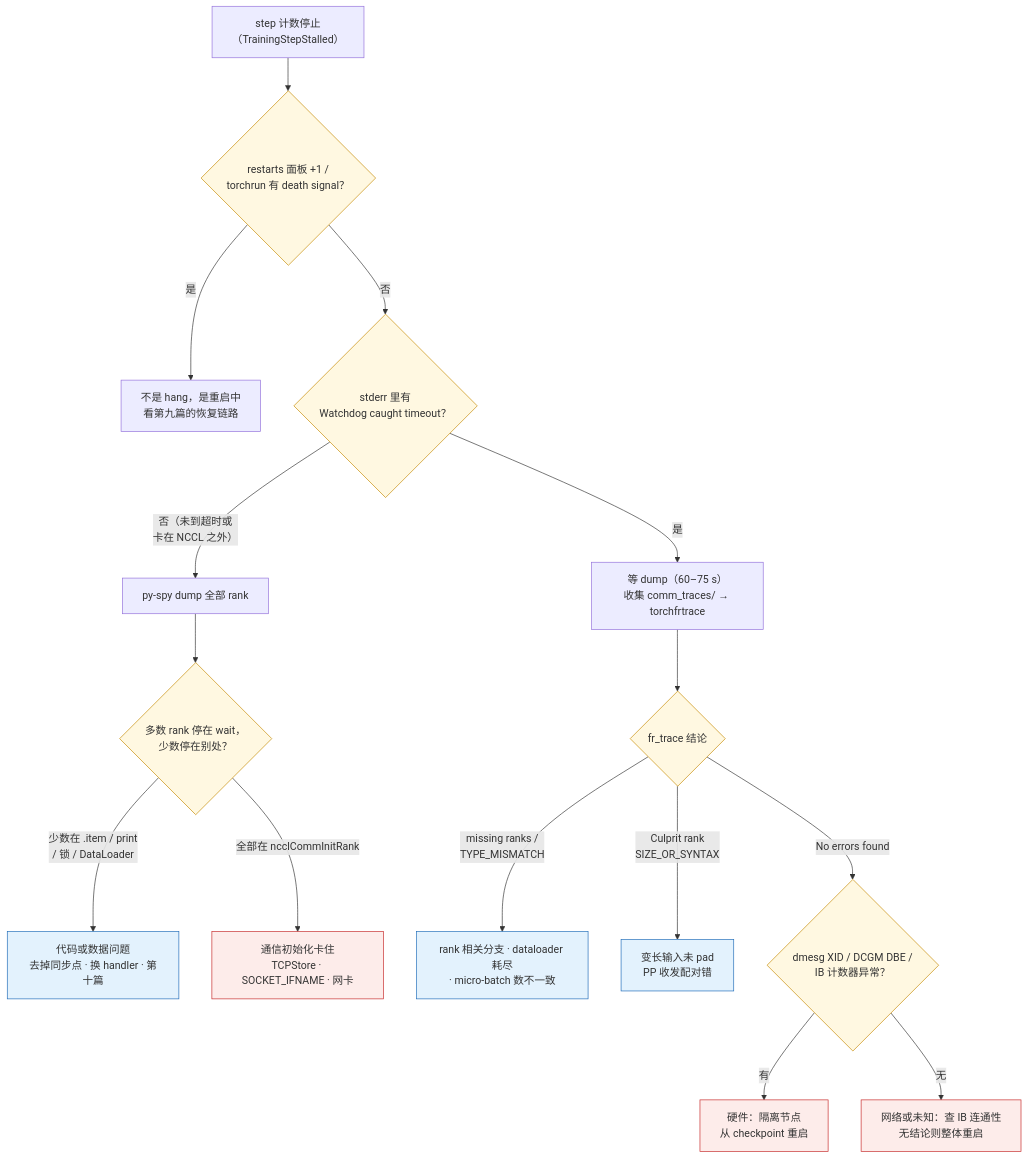
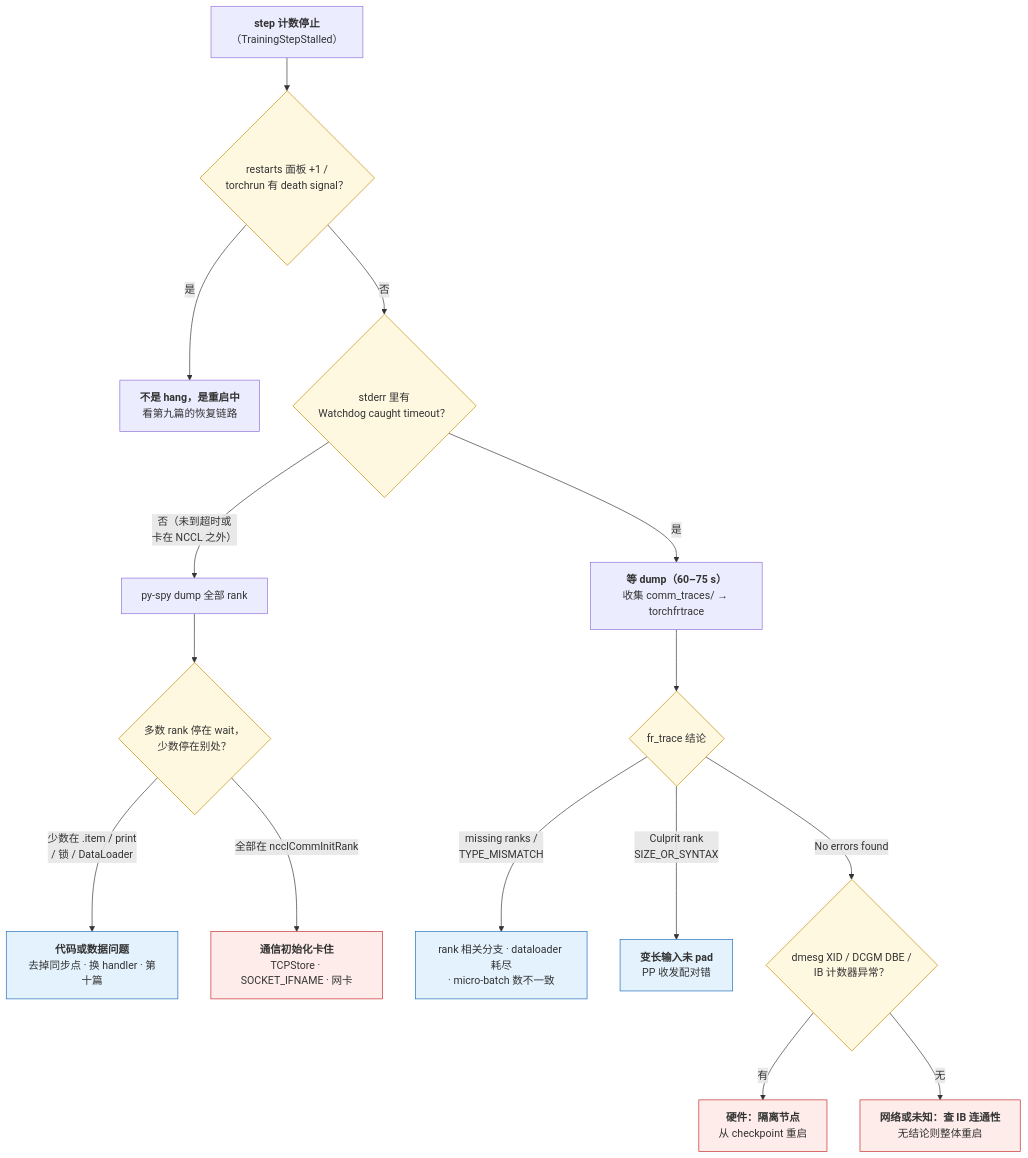
Before and after one commit to arganzheng/arganzheng.github.com: the third of 5 diagrams in _posts/2026-07-29-long-running-training-observability-and-operations.md, drawn with Mermaid. The commit also changed other lines of this file and 8 other files, not shown here.

First line of the commit message:
大规模训练工程：从并行策略到容错恢复：Mermaid 多行方框的首行标为标题（9 篇）

````diff
--- a/_posts/2026-07-29-long-running-training-observability-and-operations.md
+++ b/_posts/2026-07-29-long-running-training-observability-and-operations.md
@@ -562,24 +562,24 @@
 ```mermaid
 %% 图：从 step 停止到归因的决策树：先排除重启中，再看有没有 Watchdog 超时，无则 py-spy，有则等 FR dump
 flowchart TB
-  S["step 计数停止<br/>（TrainingStepStalled）"] --> Q1{"restarts 面板 +1 /<br/>torchrun 有 death signal？"}
-  Q1 -->|"是"| R["不是 hang，是重启中<br/>看第九篇的恢复链路"]
+  S["<b>step 计数停止</b><br/>（TrainingStepStalled）"] --> Q1{"restarts 面板 +1 /<br/>torchrun 有 death signal？"}
+  Q1 -->|"是"| R["<b>不是 hang，是重启中</b><br/>看第九篇的恢复链路"]
   Q1 -->|"否"| Q2{"stderr 里有<br/>Watchdog caught timeout？"}
   Q2 -->|"否（未到超时或<br/>卡在 NCCL 之外）"| PS["py-spy dump 全部 rank"]
   PS --> Q3{"多数 rank 停在 wait，<br/>少数停在别处？"}
-  Q3 -->|"少数在 .item / print<br/>/ 锁 / DataLoader"| C1["代码或数据问题<br/>去掉同步点 · 换 handler · 第十篇"]
-  Q3 -->|"全部在 ncclCommInitRank"| C2["通信初始化卡住<br/>TCPStore · SOCKET_IFNAME · 网卡"]
-  Q2 -->|"是"| FR["等 dump（60–75 s）<br/>收集 comm_traces/ → torchfrtrace"]
+  Q3 -->|"少数在 .item / print<br/>/ 锁 / DataLoader"| C1["<b>代码或数据问题</b><br/>去掉同步点 · 换 handler · 第十篇"]
+  Q3 -->|"全部在 ncclCommInitRank"| C2["<b>通信初始化卡住</b><br/>TCPStore · SOCKET_IFNAME · 网卡"]
+  Q2 -->|"是"| FR["<b>等 dump（60–75 s）</b><br/>收集 comm_traces/ → torchfrtrace"]
   FR --> Q4{"fr_trace 结论"}
   Q4 -->|"missing ranks /<br/>TYPE_MISMATCH"| C3["rank 相关分支 · dataloader 耗尽<br/>· micro-batch 数不一致"]
-  Q4 -->|"Culprit rank<br/>SIZE_OR_SYNTAX"| C4["变长输入未 pad<br/>PP 收发配对错"]
+  Q4 -->|"Culprit rank<br/>SIZE_OR_SYNTAX"| C4["<b>变长输入未 pad</b><br/>PP 收发配对错"]
   Q4 -->|"No errors found"| HW{"dmesg XID / DCGM DBE /<br/>IB 计数器异常？"}
-  HW -->|"有"| C5["硬件：隔离节点<br/>从 checkpoint 重启"]
-  HW -->|"无"| C6["网络或未知：查 IB 连通性<br/>无结论则整体重启"]
+  HW -->|"有"| C5["<b>硬件：隔离节点</b><br/>从 checkpoint 重启"]
+  HW -->|"无"| C6["<b>网络或未知：查 IB 连通性</b><br/>无结论则整体重启"]
   classDef q fill:#fff8e1,stroke:#c58a00;
   classDef code fill:#e3f2fd,stroke:#1e6bb8;
   classDef env fill:#fdecea,stroke:#c62828;
   class Q1,Q2,Q3,Q4,HW q;
   class C1,C3,C4 code;
   class C2,C5,C6 env;
 ```
````
